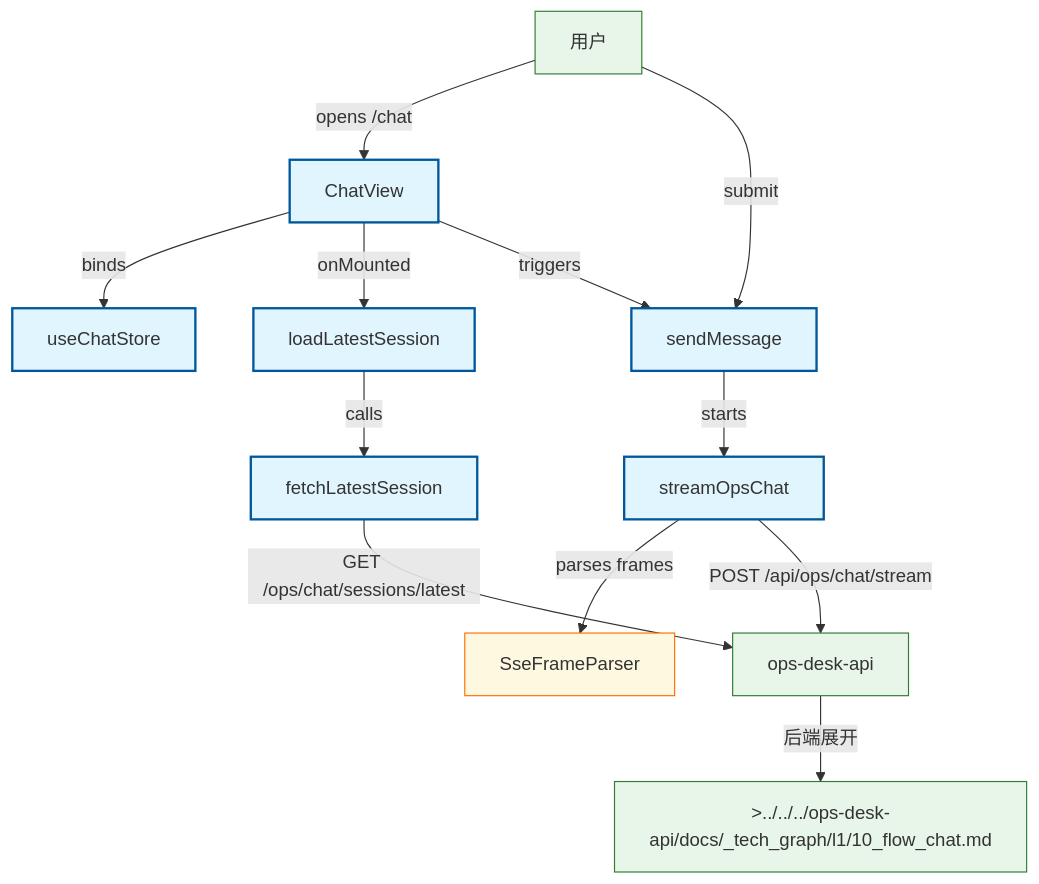
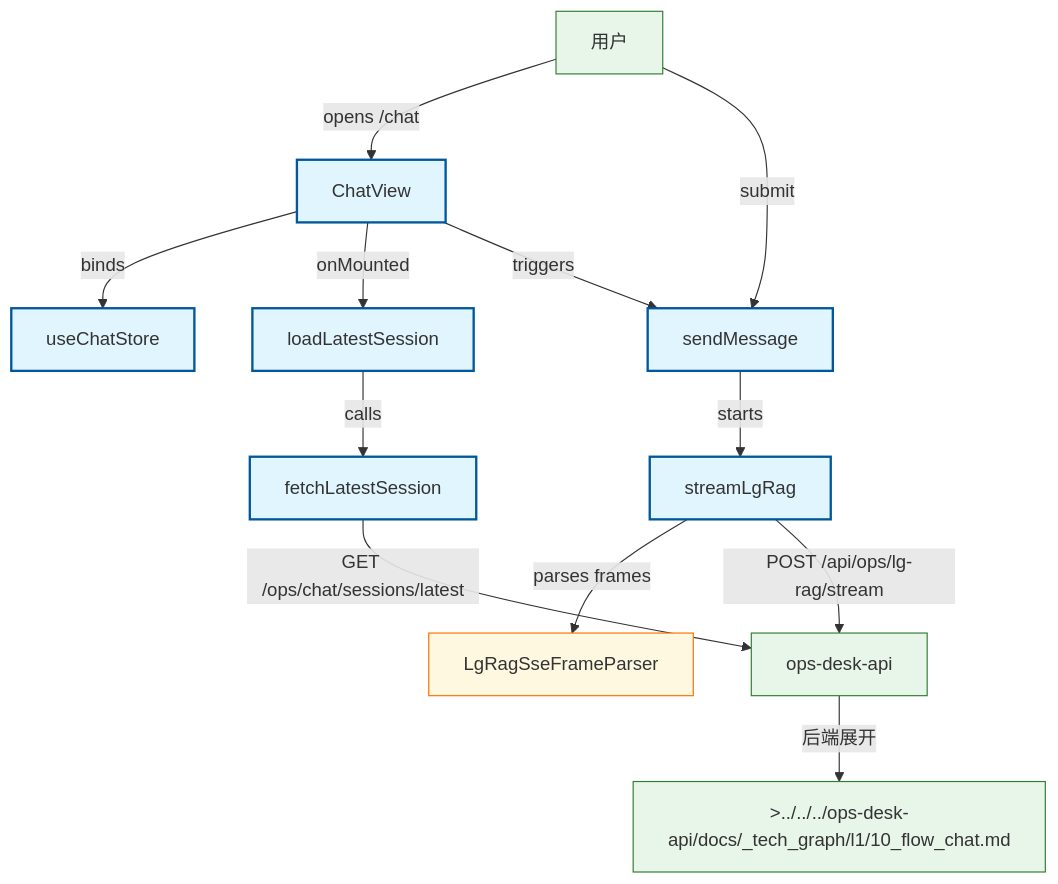
One commit to Cyning12/ops-desk-web changed the diagram in docs/_tech_graph/l1/10_flow_chat.md. Above: the diagram before and after it, drawn with Mermaid. The commit also changed other lines of this file and 18 other files, not shown here.

First line of the commit message:
feat(web-lg-rag-sse-t2): 主 Chat 切 lg-rag SSE · 废弃 chat stream 主路径（T2 联调 · 勿 auto-merge） (#23)

````diff
--- a/docs/_tech_graph/l1/10_flow_chat.md
+++ b/docs/_tech_graph/l1/10_flow_chat.md
@@ -14,32 +14,32 @@
 ```mermaid
 flowchart TB
     user["用户"]
     chat_view["ChatView"]
     chat_store["useChatStore"]
     load_session["loadLatestSession"]
     send_message["sendMessage"]
     fetch_session_api["fetchLatestSession"]
-    stream_sse["streamOpsChat"]
-    sse_parser["SseFrameParser"]
+    stream_sse["streamLgRag"]
+    sse_parser["LgRagSseFrameParser"]
     ops_api["ops-desk-api"]
     api_chat_flow[">../../../ops-desk-api/docs/_tech_graph/l1/10_flow_chat.md"]
 
     user -->|"opens /chat"| chat_view
     chat_view -->|"binds"| chat_store
     chat_view -->|"onMounted"| load_session
     load_session -->|"calls"| fetch_session_api
     fetch_session_api -->|"GET /ops/chat/sessions/latest"| ops_api
     user -->|"submit"| send_message
     chat_view -->|"triggers"| send_message
     send_message -->|"starts"| stream_sse
     stream_sse -->|"parses frames"| sse_parser
-    stream_sse -->|"POST /api/ops/chat/stream"| ops_api
+    stream_sse -->|"POST /api/ops/lg-rag/stream"| ops_api
     ops_api -->|"后端展开"| api_chat_flow
 
     classDef phase fill:#e1f5fe,stroke:#01579b,stroke-width:2px
     classDef doc fill:#fff8e1,stroke:#ff6f00,stroke-width:1px
     classDef infra fill:#e8f5e9,stroke:#2e7d32,stroke-width:1px
     class chat_view,chat_store,load_session,send_message,fetch_session_api,stream_sse phase
     class sse_parser doc
     class user,ops_api,api_chat_flow infra
 ```
````
